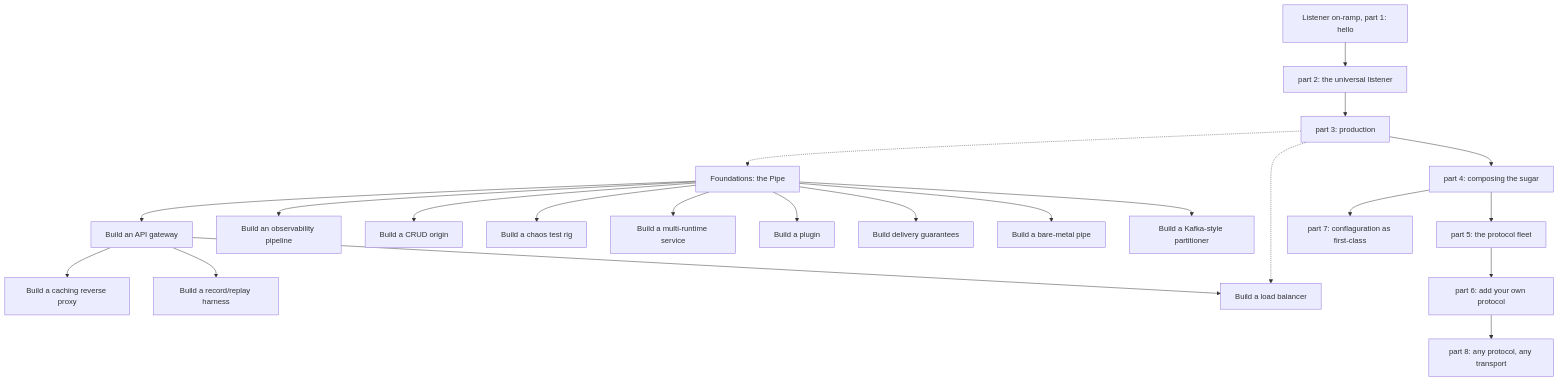
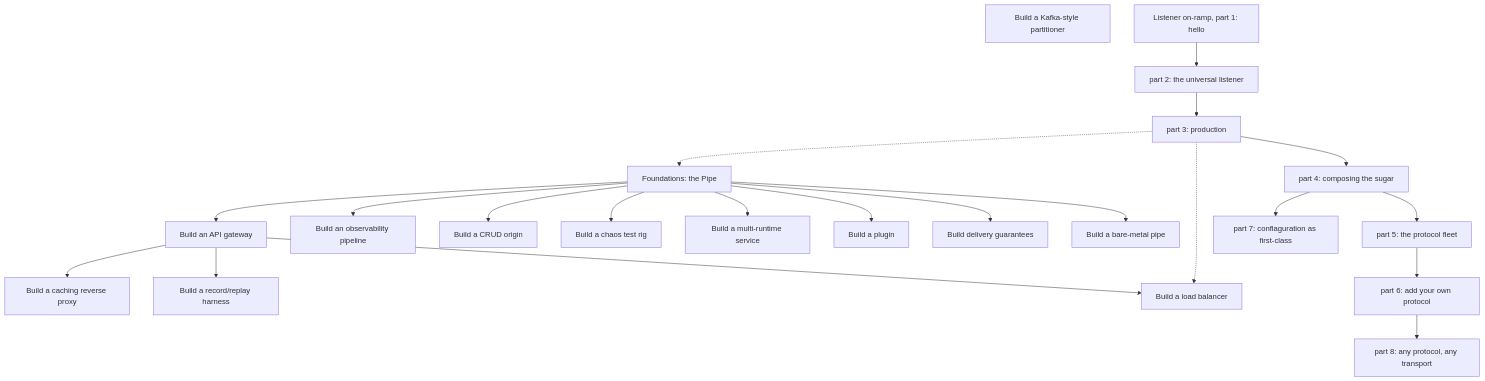
Before and after one commit to brianbruggeman/proxima: the diagram in docs/tutorials/README.md, drawn with Mermaid. The commit also changed other lines of this file, not shown here.

````diff
--- a/docs/tutorials/README.md
+++ b/docs/tutorials/README.md
@@ -64,25 +64,25 @@
 ```mermaid
 graph TD
   BASE["Foundations: the Pipe"]
   BASE --> GW["Build an API gateway"]
   BASE --> OBS["Build an observability pipeline"]
   BASE --> CRUD["Build a CRUD origin"]
   BASE --> CHAOS["Build a chaos test rig"]
   BASE --> MRT["Build a multi-runtime service"]
   BASE --> PLUG["Build a plugin"]
   BASE --> DEL["Build delivery guarantees"]
   BASE --> NOSTD["Build a bare-metal pipe"]
-  BASE --> KAFKA["Build a Kafka-style partitioner"]
+  KAFKA["Build a Kafka-style partitioner"]
   GW --> CACHE["Build a caching reverse proxy"]
   GW --> REC["Build a record/replay harness"]
   GW --> LB["Build a load balancer"]
   ONRAMP1["Listener on-ramp, part 1: hello"] --> ONRAMP2["part 2: the universal listener"]
   ONRAMP2 --> ONRAMP3["part 3: production"]
   ONRAMP3 --> ONRAMP4["part 4: composing the sugar"]
   ONRAMP4 --> ONRAMP5["part 5: the protocol fleet"]
   ONRAMP5 --> ONRAMP6["part 6: add your own protocol"]
   ONRAMP4 --> ONRAMP7["part 7: conflaguration as first-class"]
   ONRAMP6 --> ONRAMP8["part 8: any protocol, any transport"]
   ONRAMP3 -.-> LB
   ONRAMP3 -.-> BASE
 ```
````
